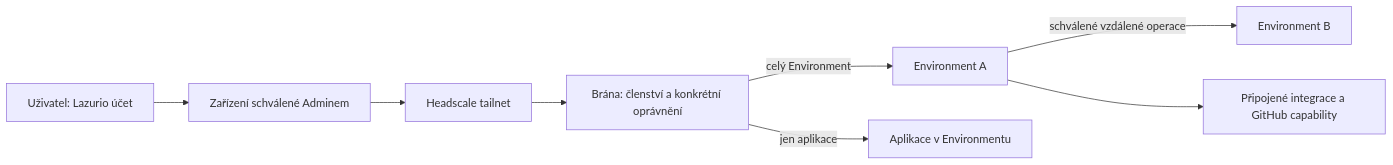
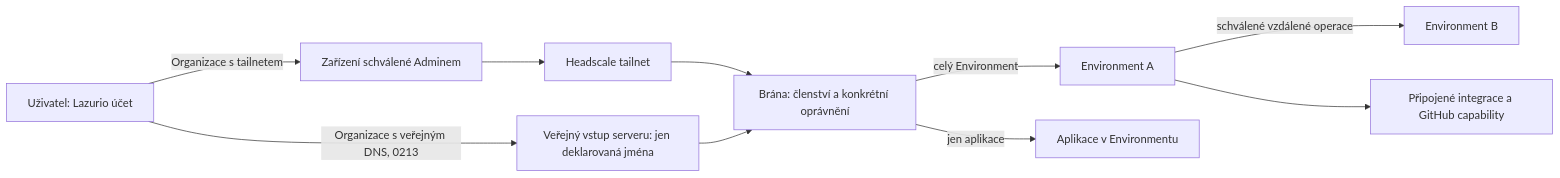
One commit to HumanAndMachines/Lazurio changed the diagram in manual/environment-access-model.md. Above: the diagram before and after it, drawn with Mermaid. The commit also changed other lines of this file and 3 other files, not shown here.

````diff
--- a/manual/environment-access-model.md
+++ b/manual/environment-access-model.md
@@ -283,10 +285,12 @@
 ```mermaid
 flowchart LR
-  U[Uživatel: Lazurio účet] --> D[Zařízení schválené Adminem]
+  U[Uživatel: Lazurio účet] -->|Organizace s tailnetem| D[Zařízení schválené Adminem]
   D --> H[Headscale tailnet]
   H --> G[Brána: členství a konkrétní oprávnění]
+  U -->|Organizace s veřejným DNS, 0213| E[Veřejný vstup serveru: jen deklarovaná jména]
+  E --> G
   G -->|celý Environment| A[Environment A]
   G -->|jen aplikace| P[Aplikace v Environmentu]
   A -->|schválené vzdálené operace| B[Environment B]
   A --> I[Připojené integrace a GitHub capability]
 ```
````
